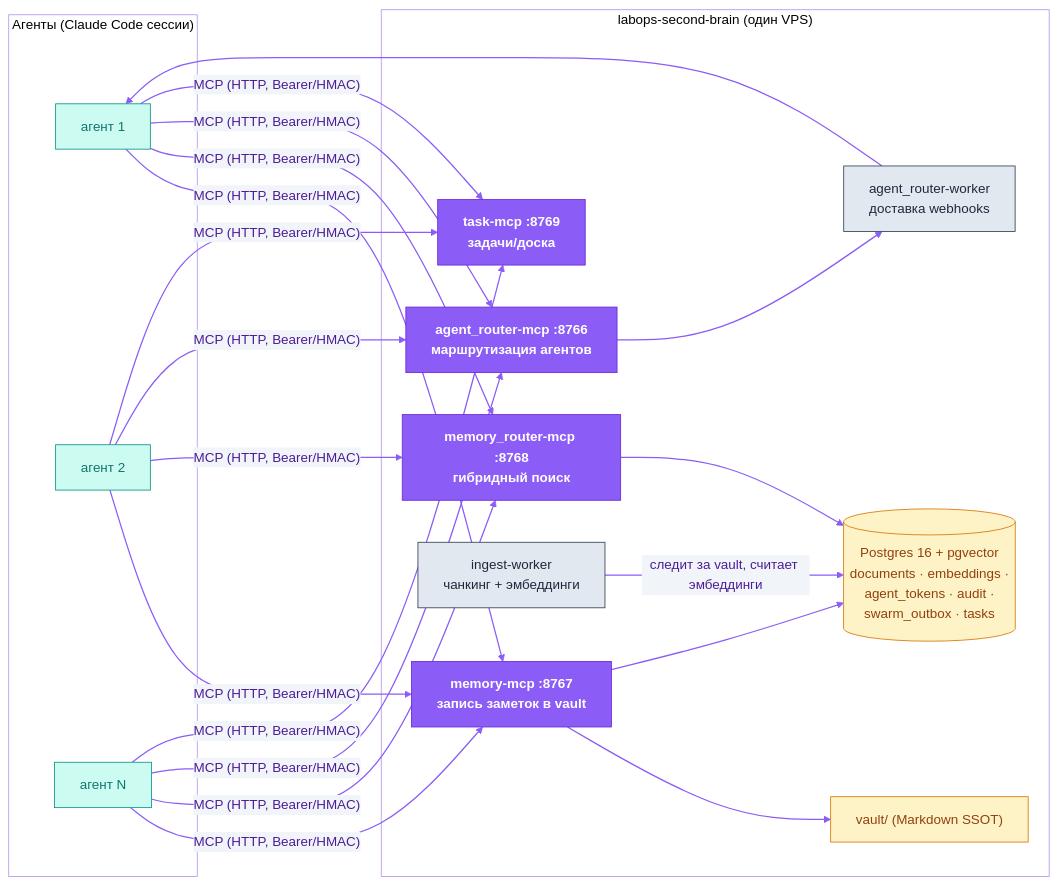
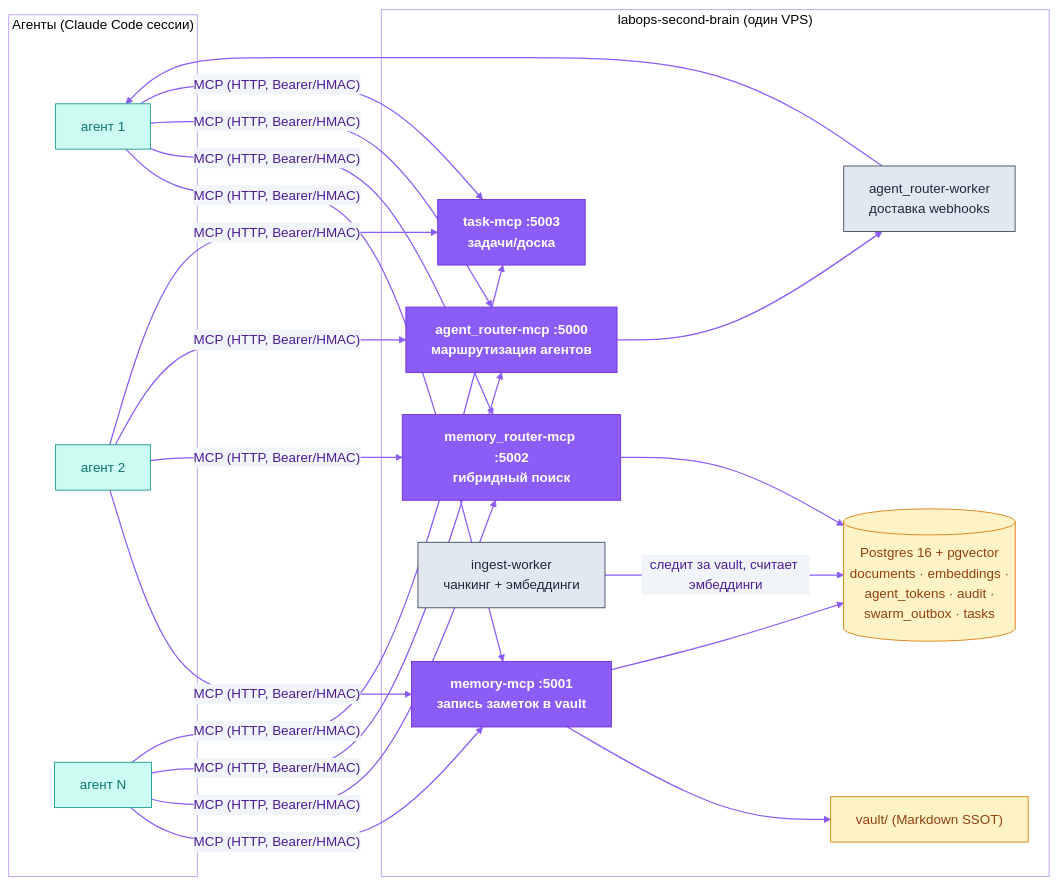
Before and after one commit to dediukhinpa/labops-second-brain: the second of 2 diagrams in README.ru.md, drawn with Mermaid. The commit also changed other lines of this file and 52 other files, not shown here.

````diff
--- a/README.ru.md
+++ b/README.ru.md
@@ -142,34 +142,34 @@
 ```mermaid
 %%{init: {'theme':'base','themeVariables':{'primaryColor':'#EDE9FE','primaryTextColor':'#4C1D95','primaryBorderColor':'#8B5CF6','lineColor':'#8B5CF6','secondaryColor':'#F1F5F9','tertiaryColor':'#ffffff','clusterBkg':'transparent','clusterBorder':'#B794F4','fontFamily':'Helvetica,Arial,sans-serif'}}}%%
 flowchart LR
     subgraph agents["Агенты (Claude Code сессии)"]
         A1["агент 1"]; A2["агент 2"]; A3["агент N"]
     end
 
     subgraph brain["labops-second-brain (один VPS)"]
-        MEM["memory-mcp :8767<br/>запись заметок в vault"]
-        REC["memory_router-mcp :8768<br/>гибридный поиск"]
-        SW["agent_router-mcp :8766<br/>маршрутизация агентов"]
-        TASK["task-mcp :8769<br/>задачи/доска"]
+        MEM["memory-mcp :5001<br/>запись заметок в vault"]
+        REC["memory_router-mcp :5002<br/>гибридный поиск"]
+        SW["agent_router-mcp :5000<br/>маршрутизация агентов"]
+        TASK["task-mcp :5003<br/>задачи/доска"]
         IW["ingest-worker<br/>чанкинг + эмбеддинги"]
         SWW["agent_router-worker<br/>доставка webhooks"]
         PG[("Postgres 16 + pgvector<br/>documents · embeddings ·<br/>agent_tokens · audit ·<br/>swarm_outbox · tasks")]
         VAULT["vault/ (Markdown SSOT)"]
     end
 
     A1 & A2 & A3 -- "MCP (HTTP, Bearer/HMAC)" --> MEM & REC & SW & TASK
     MEM --> VAULT
     MEM --> PG
     IW -- "следит за vault, считает эмбеддинги" --> PG
     REC --> PG
     SW --> SWW --> A1
     classDef brand fill:#8B5CF6,stroke:#6D28D9,color:#ffffff,font-weight:bold
     classDef ext fill:#CCFBF1,stroke:#0D9488,color:#0F766E
     classDef store fill:#FEF3C7,stroke:#D97706,color:#92400E
     classDef sys fill:#E2E8F0,stroke:#334155,color:#1E293B
     linkStyle default stroke:#8B5CF6,stroke-width:1.5px
     class MEM,REC,SW,TASK brand
     class A1,A2,A3 ext
     class PG,VAULT store
     class IW,SWW sys
 ```
````
